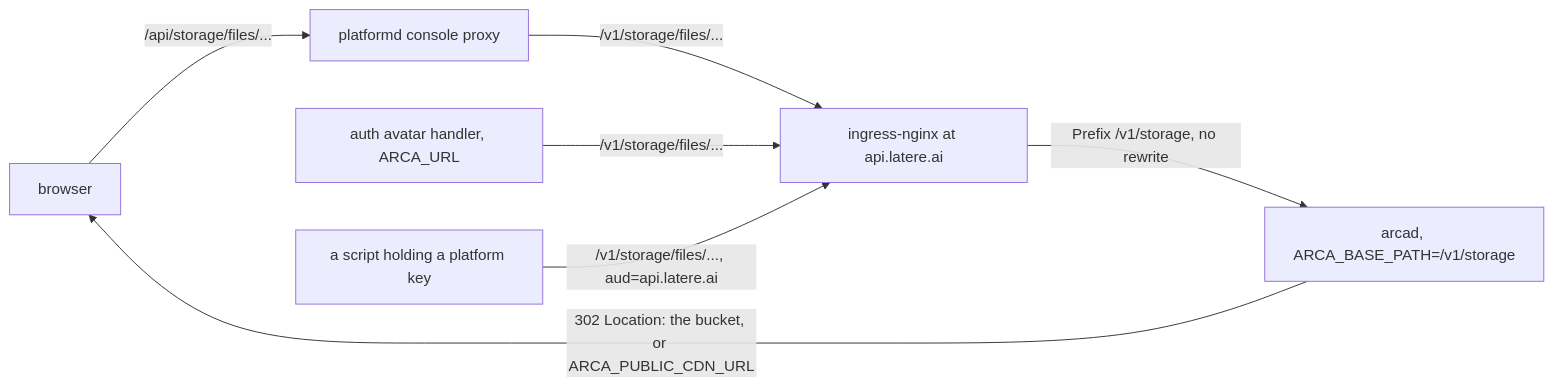
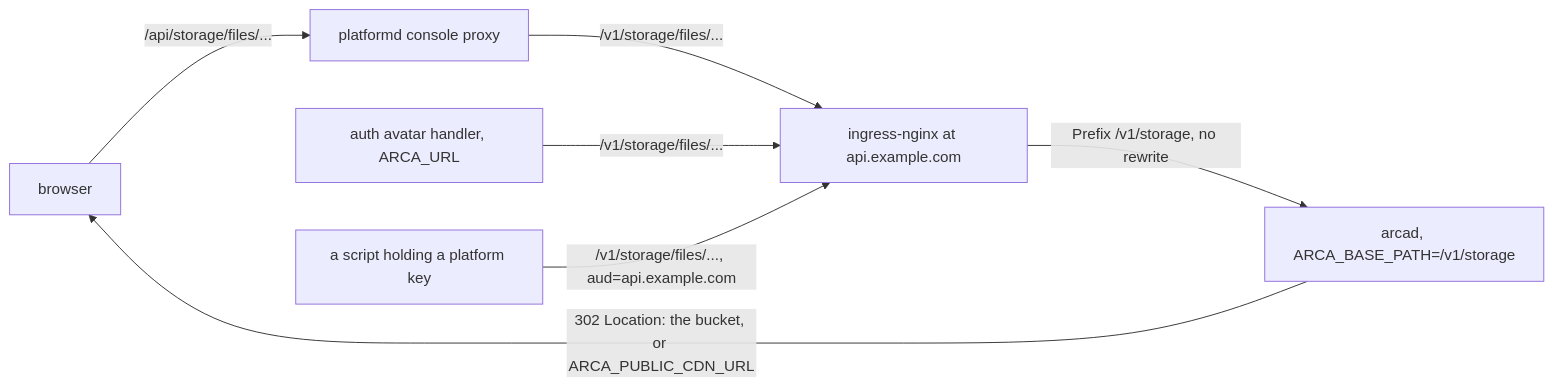
One commit to latere-ai/arca changed the diagram in specs/027-serving-under-the-capability-prefix.md. Above: the diagram before and after it, drawn with Mermaid. The commit also changed other lines of this file and 8 other files, not shown here.

````diff
--- a/specs/027-serving-under-the-capability-prefix.md
+++ b/specs/027-serving-under-the-capability-prefix.md
@@ -56,9 +55,9 @@
 ```mermaid
 flowchart LR
   B[browser] -->|/api/storage/files/...| P[platformd console proxy]
-  P -->|/v1/storage/files/...| N[ingress-nginx at api.latere.ai]
+  P -->|/v1/storage/files/...| N[ingress-nginx at api.example.com]
   A[auth avatar handler, ARCA_URL] -->|/v1/storage/files/...| N
-  K[a script holding a platform key] -->|/v1/storage/files/..., aud=api.latere.ai| N
+  K[a script holding a platform key] -->|/v1/storage/files/..., aud=api.example.com| N
   N -->|Prefix /v1/storage, no rewrite| D[arcad, ARCA_BASE_PATH=/v1/storage]
   D -->|302 Location: the bucket, or ARCA_PUBLIC_CDN_URL| B
 ```
````
